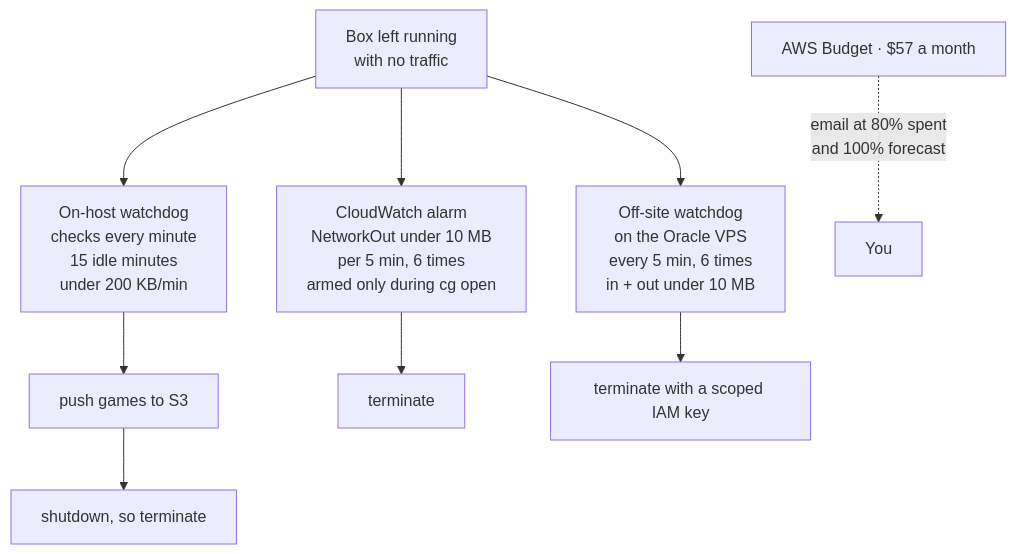
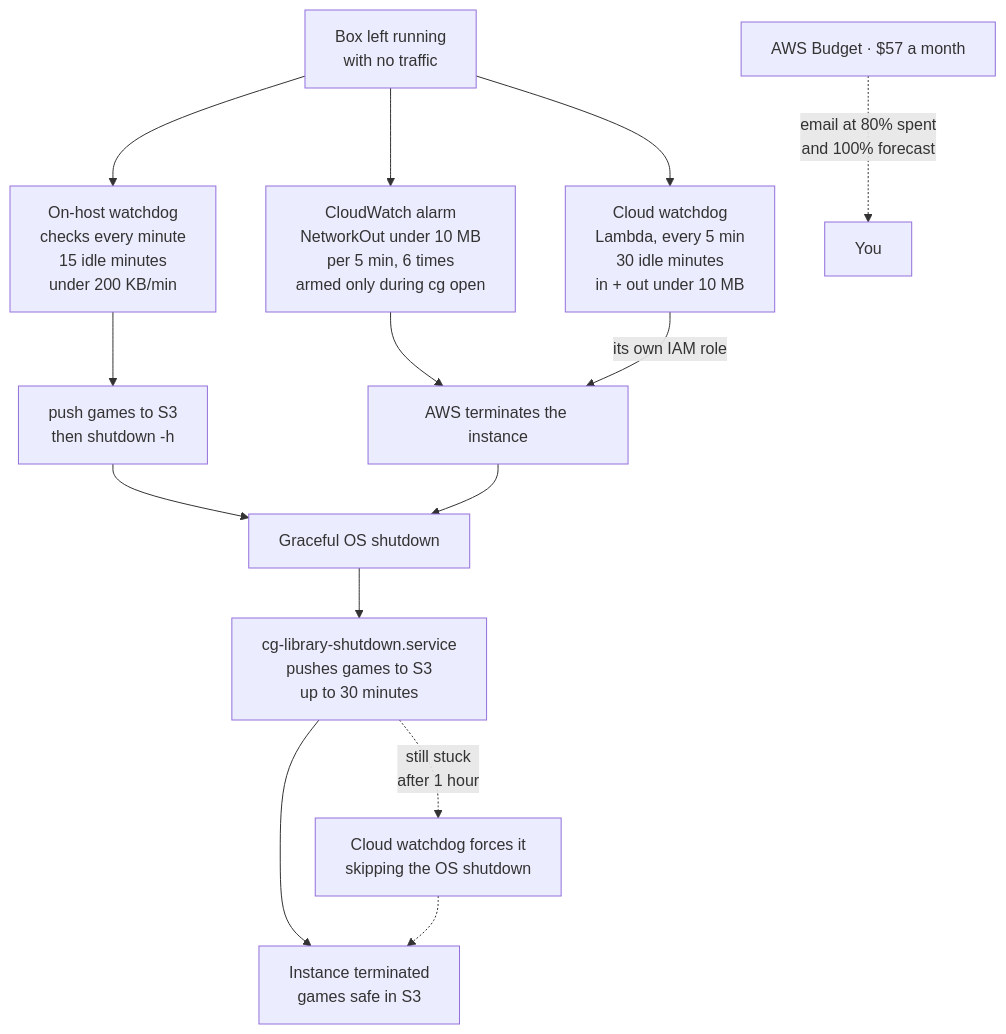
The seventh of 7 diagrams in docs/architecture.md (jebin2/aws_cloud_gaming), drawn with Mermaid before and after one commit. The commit also changed other lines of this file and 37 other files, not shown here.

````diff
--- a/docs/architecture.md
+++ b/docs/architecture.md
@@ -182,14 +181,21 @@
 ```mermaid
 flowchart TB
   idle["Box left running<br/>with no traffic"]
 
   idle --> g2["On-host watchdog<br/>checks every minute<br/>15 idle minutes<br/>under 200 KB/min"]
   idle --> g3["CloudWatch alarm<br/>NetworkOut under 10 MB<br/>per 5 min, 6 times<br/>armed only during cg open"]
-  idle --> g4["Off-site watchdog<br/>on the Oracle VPS<br/>every 5 min, 6 times<br/>in + out under 10 MB"]
+  idle --> g4["Cloud watchdog<br/>Lambda, every 5 min<br/>30 idle minutes<br/>in + out under 10 MB"]
 
-  g2 --> p2["push games to S3"] --> t2["shutdown, so terminate"]
-  g3 --> t3["terminate"]
-  g4 --> t4["terminate with a scoped IAM key"]
+  g2 --> p2["push games to S3<br/>then shutdown -h"]
+  g3 --> api["AWS terminates the instance"]
+  g4 -->|"its own IAM role"| api
+
+  p2 --> os["Graceful OS shutdown"]
+  api --> os
+  os --> push["cg-library-shutdown.service<br/>pushes games to S3<br/>up to 30 minutes"]
+  push --> gone["Instance terminated<br/>games safe in S3"]
+  push -.->|"still stuck<br/>after 1 hour"| force["Cloud watchdog forces it<br/>skipping the OS shutdown"]
+  force -.-> gone
 
   bud["AWS Budget · $57 a month"] -.->|"email at 80% spent<br/>and 100% forecast"| you["You"]
 ```
````
